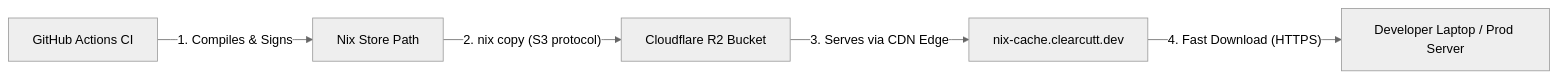
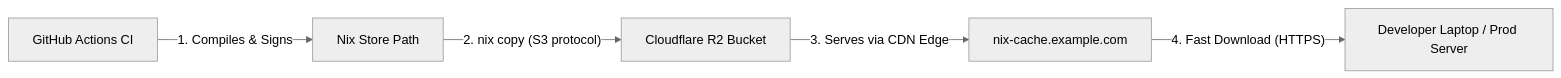
Before and after one commit to northcutted/clearcutt: the diagram in docs/nix-binary-cache.md, drawn with Mermaid (neutral theme). The commit also changed other lines of this file and 53 other files, not shown here.

````diff
--- a/docs/nix-binary-cache.md
+++ b/docs/nix-binary-cache.md
@@ -9,7 +9,7 @@
 ```mermaid
 graph LR
     CI[GitHub Actions CI] -- "1. Compiles & Signs" --> Sign[Nix Store Path]
     Sign -- "2. nix copy (S3 protocol)" --> R2[Cloudflare R2 Bucket]
-    R2 -- "3. Serves via CDN Edge" --> Edge[nix-cache.clearcutt.dev]
+    R2 -- "3. Serves via CDN Edge" --> Edge[nix-cache.example.com]
     Edge -- "4. Fast Download (HTTPS)" --> Dev[Developer Laptop / Prod Server]
 ```
````
